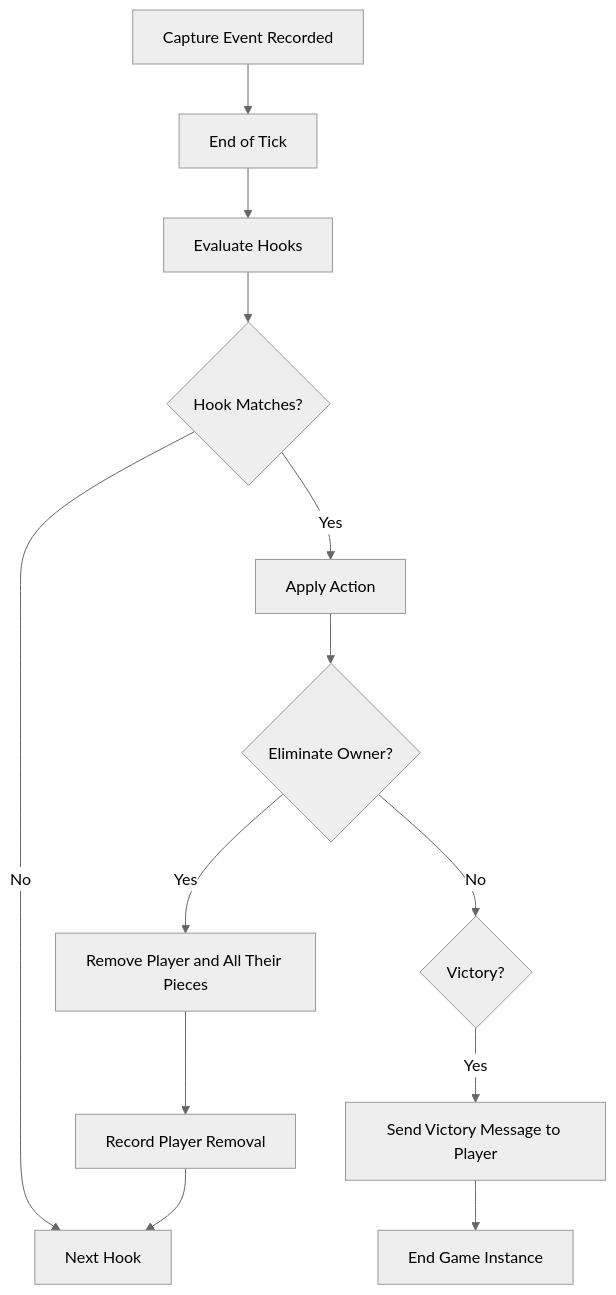
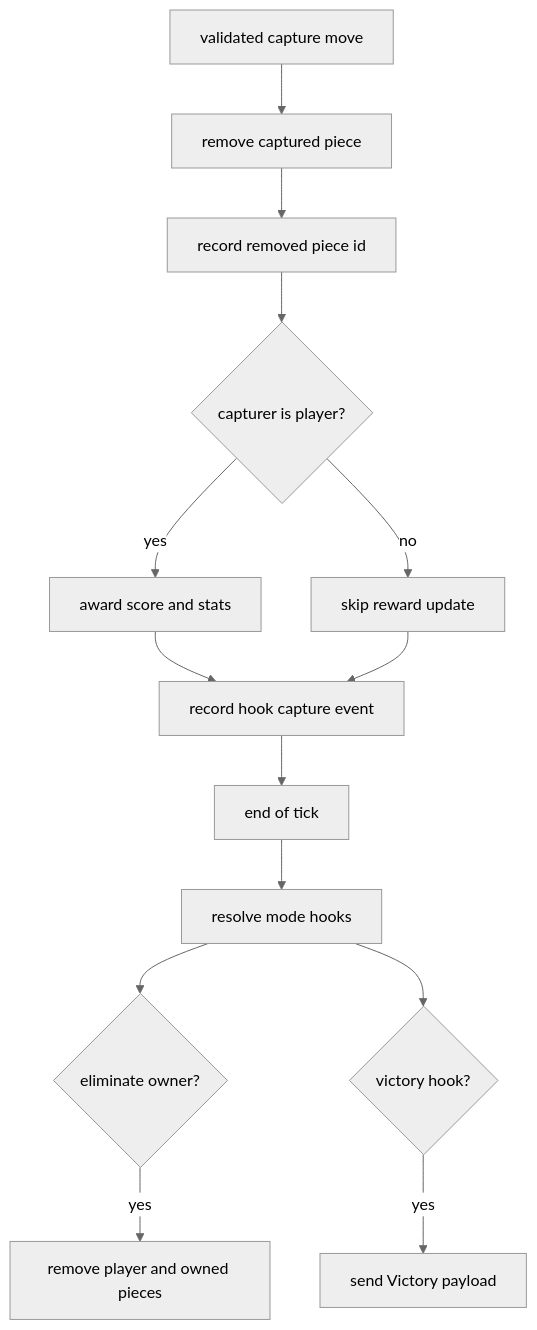
The diagram in docs/logic/combat.md (libreslop/ffchess), drawn with Mermaid (neutral theme) before and after one commit. The commit also changed other lines of this file and 17 other files, not shown here.

````diff
--- a/docs/logic/combat.md
+++ b/docs/logic/combat.md
@@ -32,15 +85,16 @@
 ```mermaid
-graph TD
-    A[Capture Event Recorded] --> B[End of Tick]
-    B --> C[Evaluate Hooks]
-    C --> D{Hook Matches?}
-    D -- Yes --> E[Apply Action]
-    D -- No --> F[Next Hook]
-    E --> G{Eliminate Owner?}
-    G -- Yes --> H[Remove Player and All Their Pieces]
-    G -- No --> I{Victory?}
-    I -- Yes --> J[Send Victory Message to Player]
-    J --> K[End Game Instance]
-    H --> L[Record Player Removal]
-    L --> F
+flowchart TD
+    A[validated capture move] --> B[remove captured piece]
+    B --> C[record removed piece id]
+    C --> D{capturer is player?}
+    D -- yes --> E[award score and stats]
+    D -- no --> F[skip reward update]
+    E --> G[record hook capture event]
+    F --> G
+    G --> H[end of tick]
+    H --> I[resolve mode hooks]
+    I --> J{eliminate owner?}
+    J -- yes --> K[remove player and owned pieces]
+    I --> L{victory hook?}
+    L -- yes --> M[send Victory payload]
 ```
````
